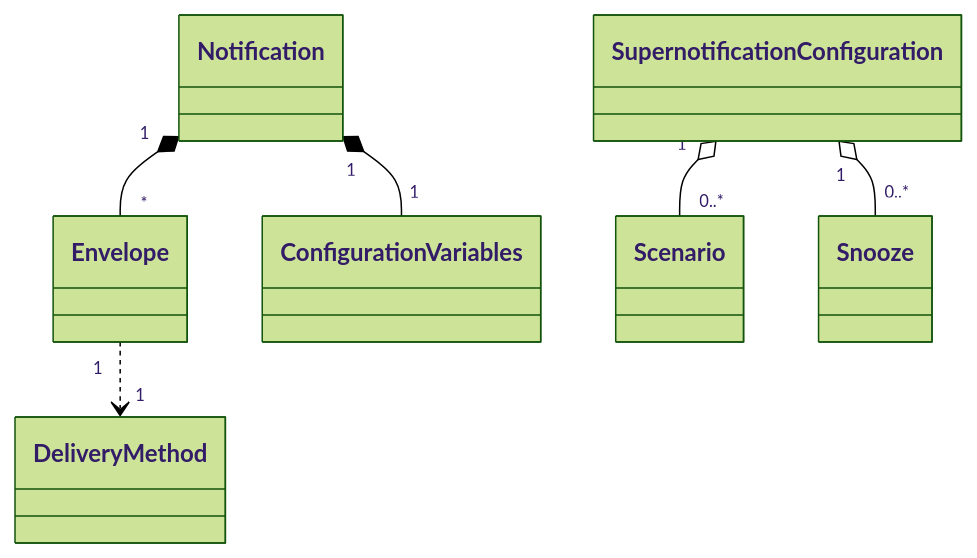
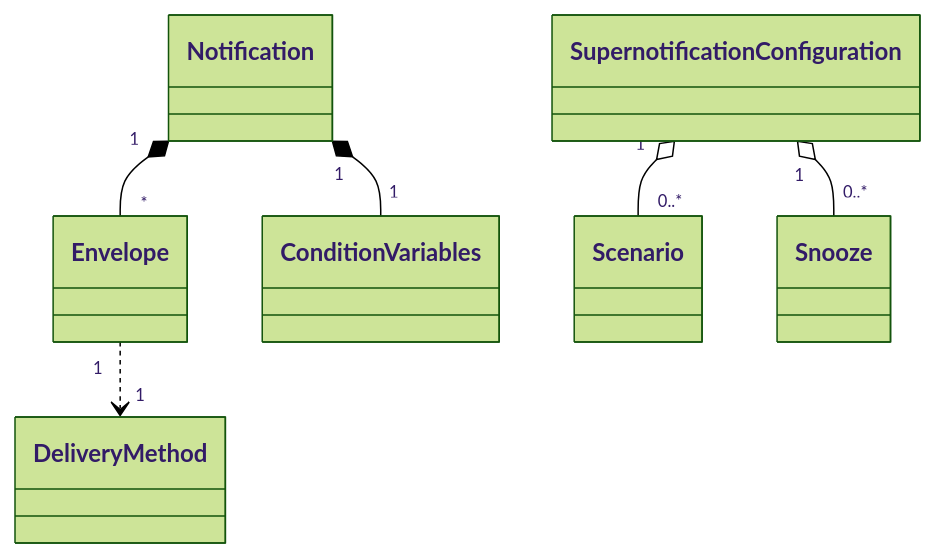
The diagram in docs/classes.md (jeyrb/hass_supernotify), drawn with Mermaid (forest theme) before and after one commit.

Commit message:
fix class diagram

````diff
--- a/docs/classes.md
+++ b/docs/classes.md
@@ -3,8 +3,8 @@
 ``` mermaid
 classDiagram
   Notification "1" *-- "*" Envelope
-  Notification "1" *-- "1" ConfigurationVariables
+  Notification "1" *-- "1" ConditionVariables
   Envelope "1" ..> "1" DeliveryMethod
   SupernotificationConfiguration "1" o-- "0..*" Scenario
   SupernotificationConfiguration "1" o-- "0..*" Snooze
 ```
````
